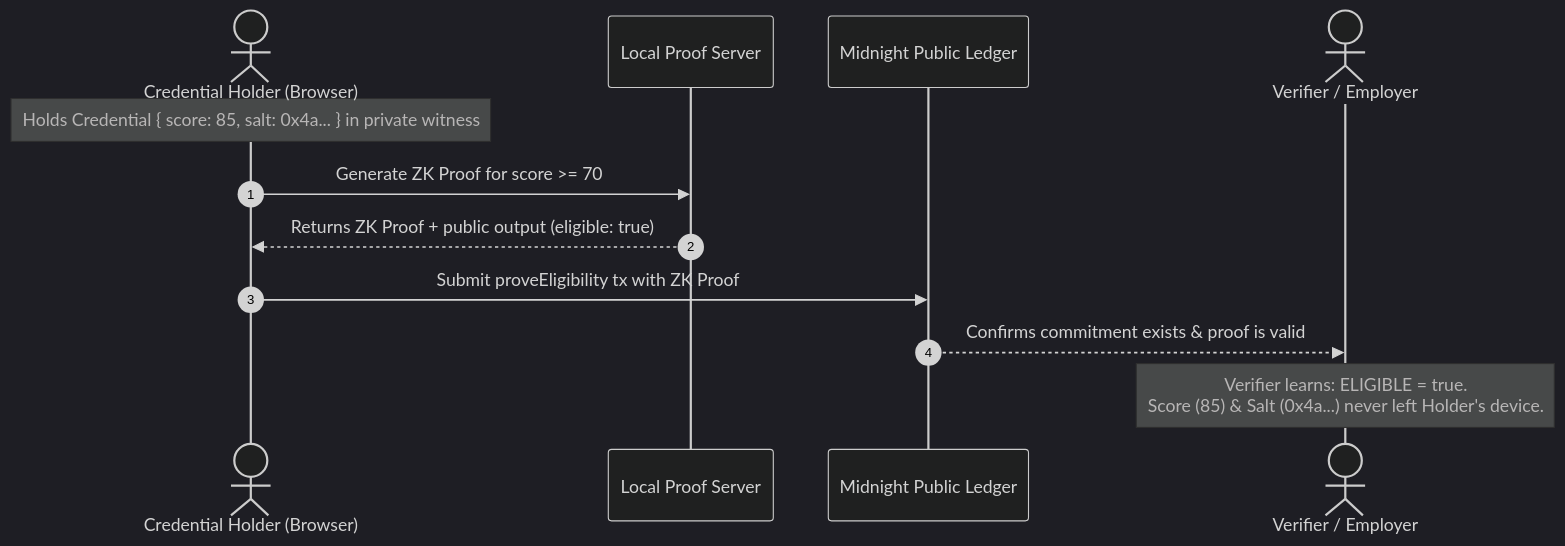
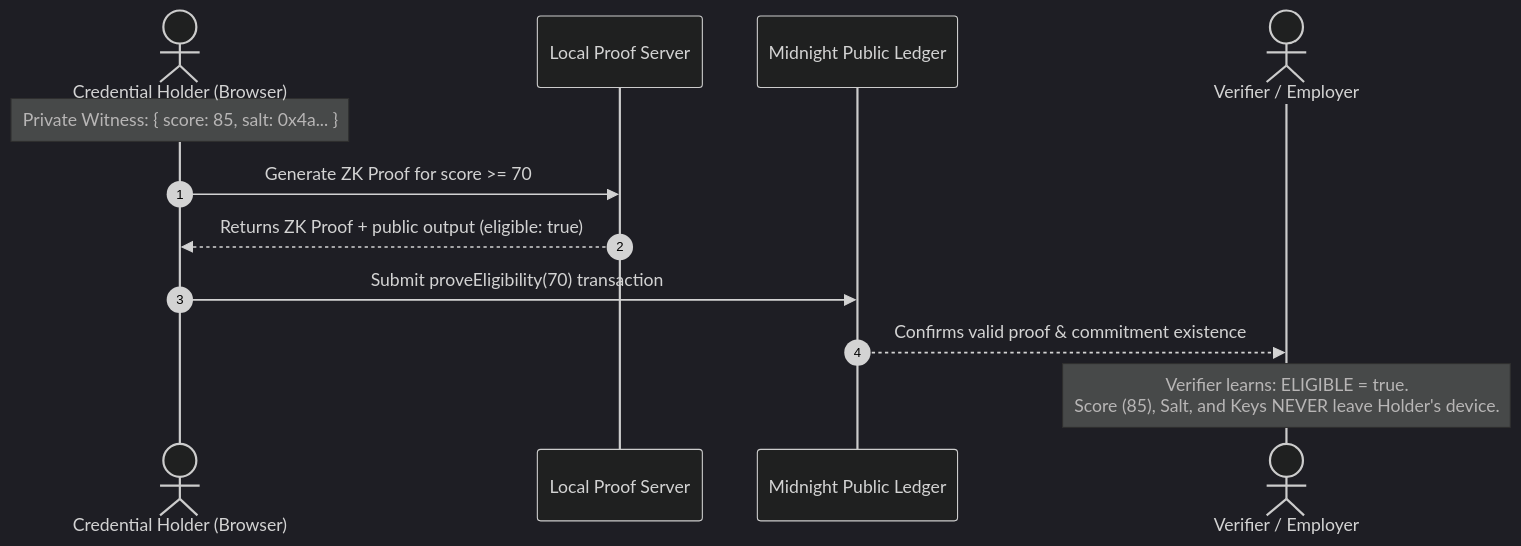
Before and after one commit to Khanh-09/umbracred: the diagram in README.md, drawn with Mermaid (dark theme). The commit also changed other lines of this file and 1 other file, not shown here.

````diff
--- a/README.md
+++ b/README.md
@@ -34,15 +60,15 @@
 ```mermaid
 sequenceDiagram
     autonumber
     actor Holder as Credential Holder (Browser)
     participant ProofServer as Local Proof Server
     participant Ledger as Midnight Public Ledger
     actor Verifier as Verifier / Employer
 
-    Note over Holder: Holds Credential { score: 85, salt: 0x4a... } in private witness
+    Note over Holder: Private Witness: { score: 85, salt: 0x4a... }
     Holder->>ProofServer: Generate ZK Proof for score >= 70
     ProofServer-->>Holder: Returns ZK Proof + public output (eligible: true)
-    Holder->>Ledger: Submit proveEligibility tx with ZK Proof
-    Ledger-->>Verifier: Confirms commitment exists & proof is valid
-    Note over Verifier: Verifier learns: ELIGIBLE = true.<br/>Score (85) & Salt (0x4a...) never left Holder's device.
+    Holder->>Ledger: Submit proveEligibility(70) transaction
+    Ledger-->>Verifier: Confirms valid proof & commitment existence
+    Note over Verifier: Verifier learns: ELIGIBLE = true.<br/>Score (85), Salt, and Keys NEVER leave Holder's device.
 ```
````
